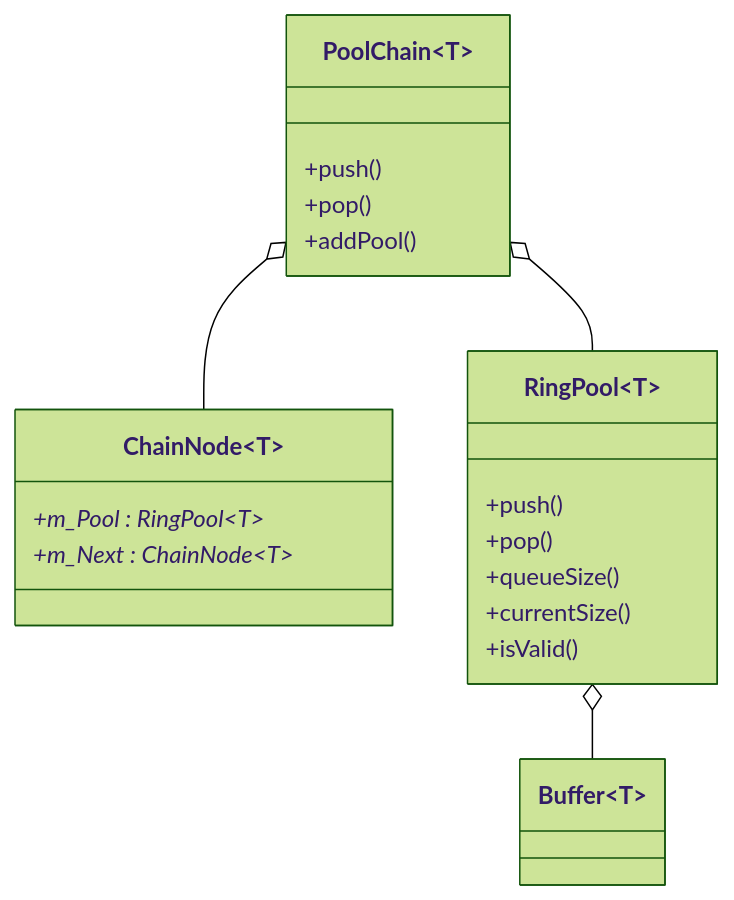
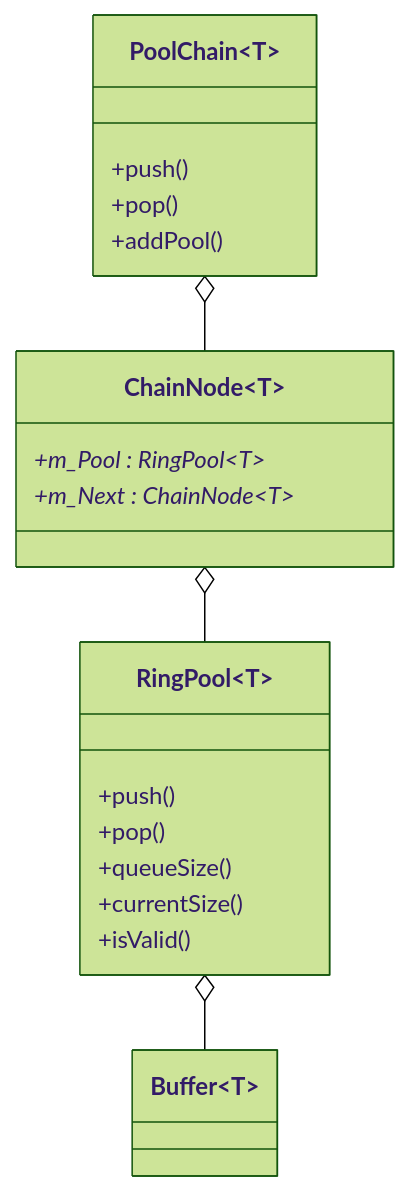
One commit to TheAmgadX/MemSentry- changed the diagram in docs/Pools.md. Above: the diagram before and after it, drawn with Mermaid (forest theme). The commit also changed 3 other files, not shown here.

Commit message:
update diagrams

````diff
--- a/docs/Pools.md
+++ b/docs/Pools.md
@@ -43,24 +43,24 @@
 ```mermaid
 classDiagram
     class PoolChain~T~ {
         +push()
         +pop()
         +addPool()
     }
     class ChainNode~T~ {
         +m_Pool : RingPool~T~*
         +m_Next : ChainNode~T~*
     }
     class RingPool~T~ {
         +push()
         +pop()
         +queueSize()
         +currentSize()
         +isValid()
     }
     class Buffer~T~ {
     }
     PoolChain~T~ o-- ChainNode~T~
-    PoolChain~T~ o-- RingPool~T~
+    ChainNode~T~ o-- RingPool~T~
     RingPool~T~ o-- Buffer~T~
 ```
````
